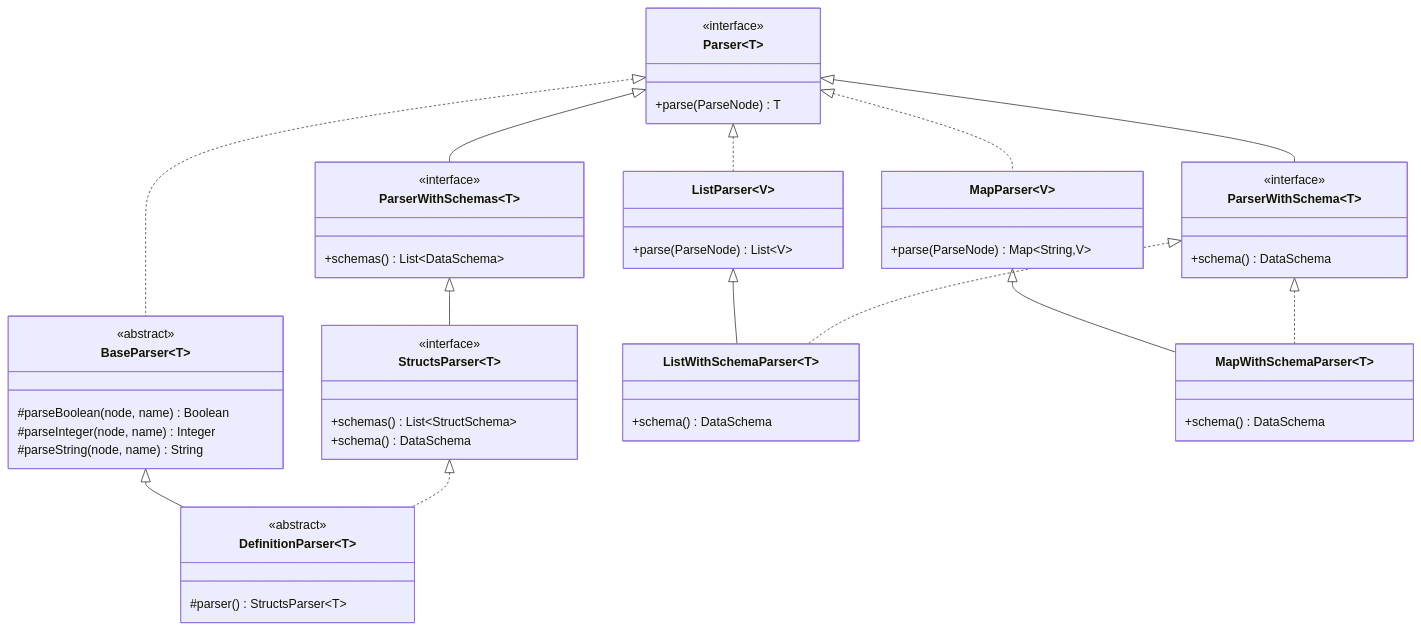
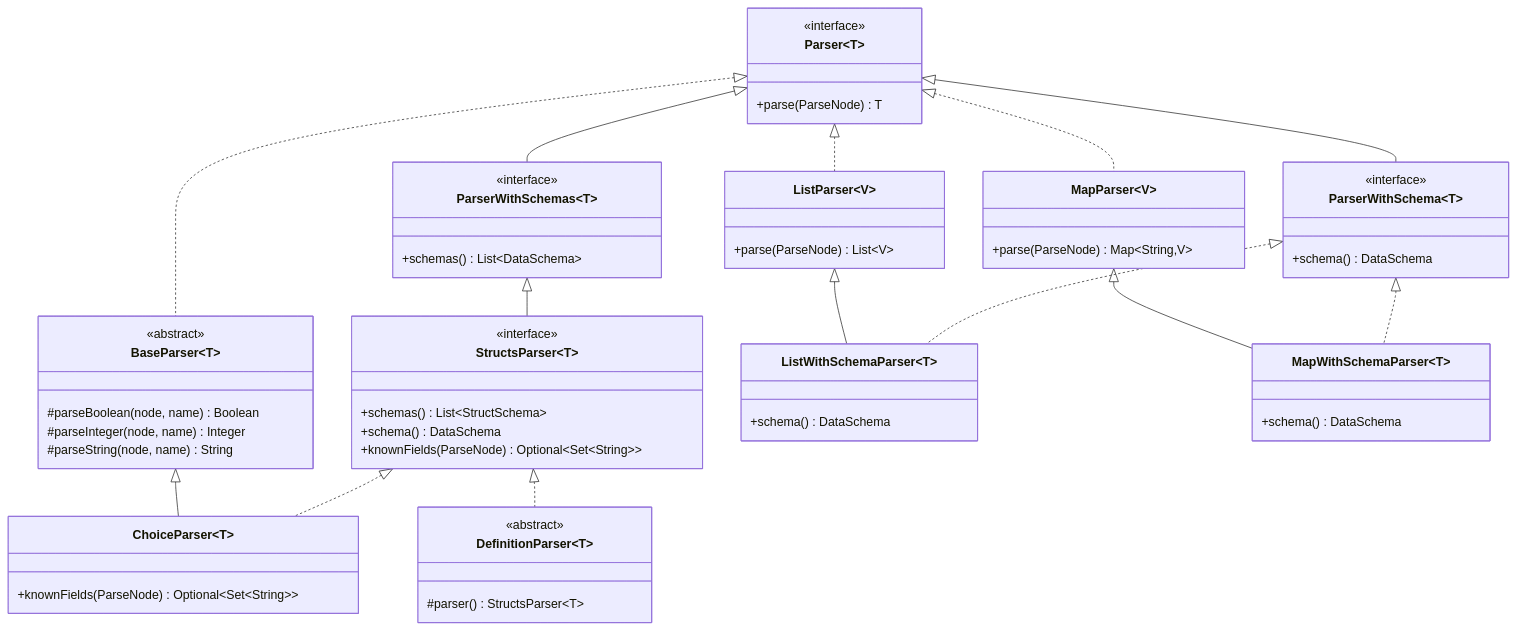
The third of 4 diagrams in developerdocs/parser-architecture.md (Axual/ksml), drawn with Mermaid before and after one commit. The commit also changed other lines of this file and 57 other files, not shown here.

````diff
--- a/developerdocs/parser-architecture.md
+++ b/developerdocs/parser-architecture.md
@@ -156,55 +286,60 @@
 ```mermaid
 classDiagram
     class Parser~T~ {
         <<interface>>
         +parse(ParseNode) T
     }
     class BaseParser~T~ {
         <<abstract>>
         #parseBoolean(node, name) Boolean
         #parseInteger(node, name) Integer
         #parseString(node, name) String
     }
     class ListParser~V~ {
         +parse(ParseNode) List~V~
     }
     class MapParser~V~ {
         +parse(ParseNode) Map~String,V~
     }
     class ParserWithSchema~T~ {
         <<interface>>
         +schema() DataSchema
     }
     class ParserWithSchemas~T~ {
         <<interface>>
         +schemas() List~DataSchema~
     }
     class StructsParser~T~ {
         <<interface>>
         +schemas() List~StructSchema~
         +schema() DataSchema
+        +knownFields(ParseNode) Optional~Set~String~~
+    }
+    class ChoiceParser~T~ {
+        +knownFields(ParseNode) Optional~Set~String~~
     }
     class ListWithSchemaParser~T~ {
         +schema() DataSchema
     }
     class MapWithSchemaParser~T~ {
         +schema() DataSchema
     }
     class DefinitionParser~T~ {
         <<abstract>>
         #parser() StructsParser~T~
     }
 
     Parser <|.. BaseParser
     Parser <|.. ListParser
     Parser <|.. MapParser
     Parser <|-- ParserWithSchema
     Parser <|-- ParserWithSchemas
     ParserWithSchemas <|-- StructsParser
     ListParser <|-- ListWithSchemaParser
     ParserWithSchema <|.. ListWithSchemaParser
     MapParser <|-- MapWithSchemaParser
     ParserWithSchema <|.. MapWithSchemaParser
-    BaseParser <|-- DefinitionParser
     StructsParser <|.. DefinitionParser
+    BaseParser <|-- ChoiceParser
+    StructsParser <|.. ChoiceParser
 ```
````
